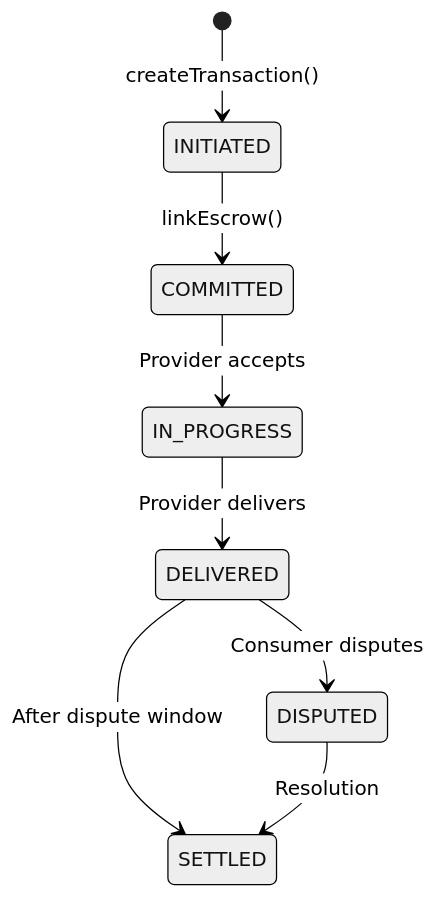
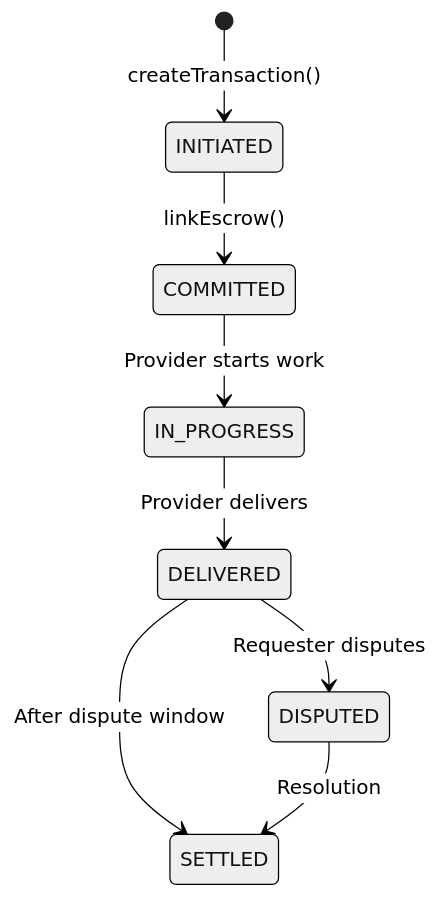
Before and after one commit to agirails/docs: the diagram in docs/quick-start.md, drawn with Mermaid (neutral theme). The commit also changed other lines of this file and 2 other files, not shown here.

````diff
--- a/docs/quick-start.md
+++ b/docs/quick-start.md
@@ -203,10 +203,10 @@
 ```mermaid
 stateDiagram-v2
     [*] --> INITIATED: createTransaction()
     INITIATED --> COMMITTED: linkEscrow()
-    COMMITTED --> IN_PROGRESS: Provider accepts
+    COMMITTED --> IN_PROGRESS: Provider starts work
     IN_PROGRESS --> DELIVERED: Provider delivers
     DELIVERED --> SETTLED: After dispute window
-    DELIVERED --> DISPUTED: Consumer disputes
+    DELIVERED --> DISPUTED: Requester disputes
     DISPUTED --> SETTLED: Resolution
 ```
````
